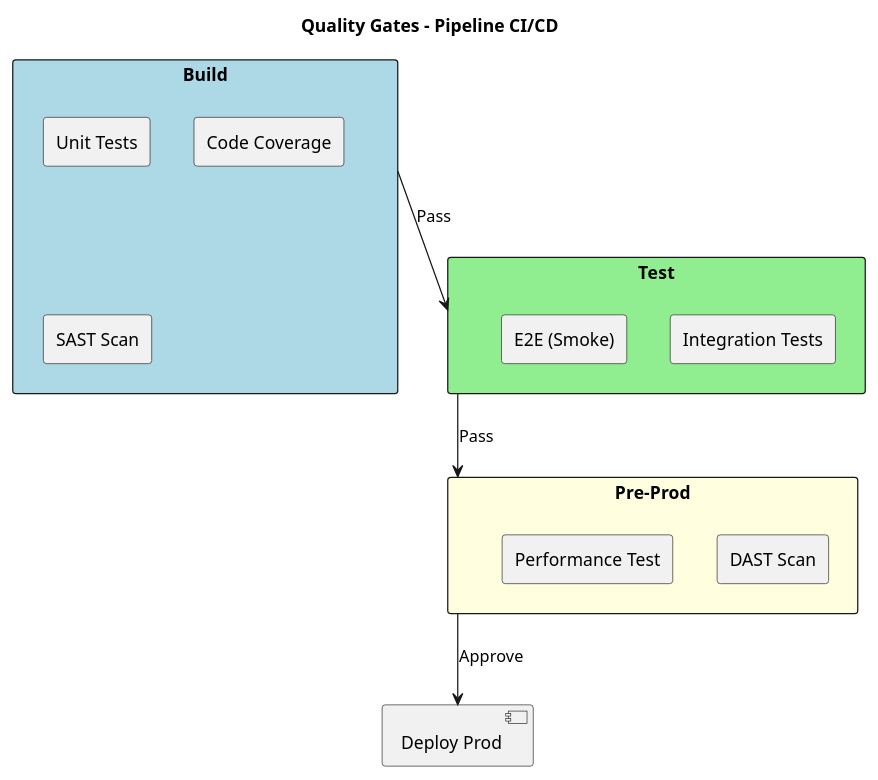
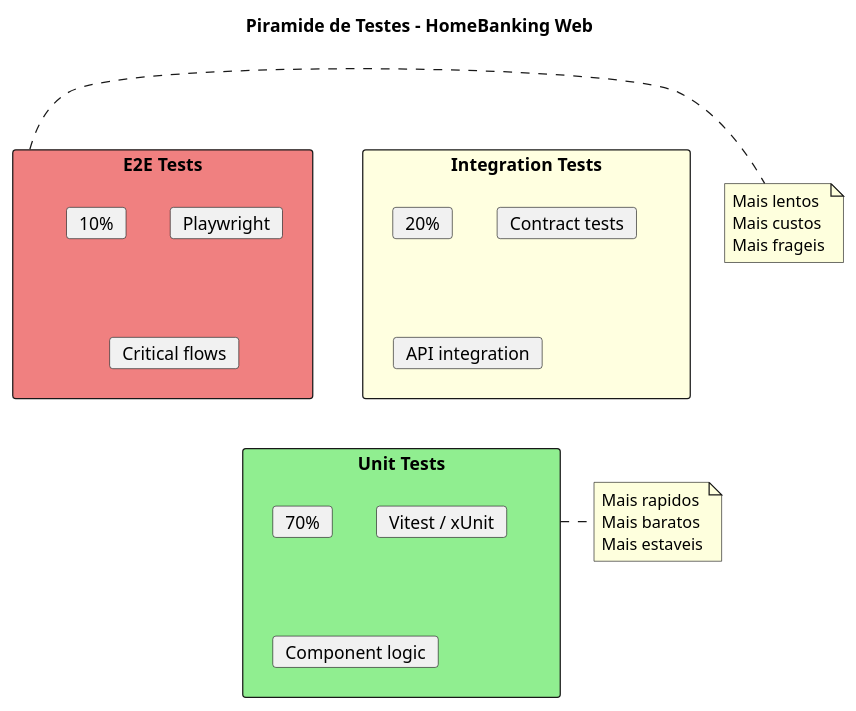
Before and after one commit to beduardo/novobanco_website_doc: the first of 2 diagrams in current/sections/SEC-13-estrategia-testes.md, drawn with PlantUML. The commit also changed other lines of this file and 17 other files, not shown here.

````diff
--- a/current/sections/SEC-13-estrategia-testes.md
+++ b/current/sections/SEC-13-estrategia-testes.md
@@ -67,28 +33,41 @@
 ```plantuml
 @startuml
 skinparam backgroundColor white
 
-title Quality Gates - Pipeline CI/CD
+title Piramide de Testes - HomeBanking Web
 
-rectangle "Build" as B #LightBlue {
-  rectangle "Unit Tests"
-  rectangle "Code Coverage"
-  rectangle "SAST Scan"
+rectangle "E2E Tests" as e2e #lightcoral {
+    card "10%"
+    card "Playwright"
+    card "Critical flows"
 }
 
-rectangle "Test" as T #LightGreen {
-  rectangle "Integration Tests"
-  rectangle "E2E (Smoke)"
+rectangle "Integration Tests" as int #lightyellow {
+    card "20%"
+    card "Contract tests"
+    card "API integration"
 }
 
-rectangle "Pre-Prod" as P #LightYellow {
-  rectangle "DAST Scan"
-  rectangle "Performance Test"
+rectangle "Unit Tests" as unit #lightgreen {
+    card "70%"
+    card "Vitest / xUnit"
+    card "Component logic"
 }
 
-B --> T : Pass
-T --> P : Pass
-P --> [Deploy Prod] : Approve
+unit -[hidden]-> int
+int -[hidden]-> e2e
+
+note right of e2e
+Mais lentos
+Mais custos
+Mais frageis
+end note
+
+note right of unit
+Mais rapidos
+Mais baratos
+Mais estaveis
+end note
 
 @enduml
 ```
````
